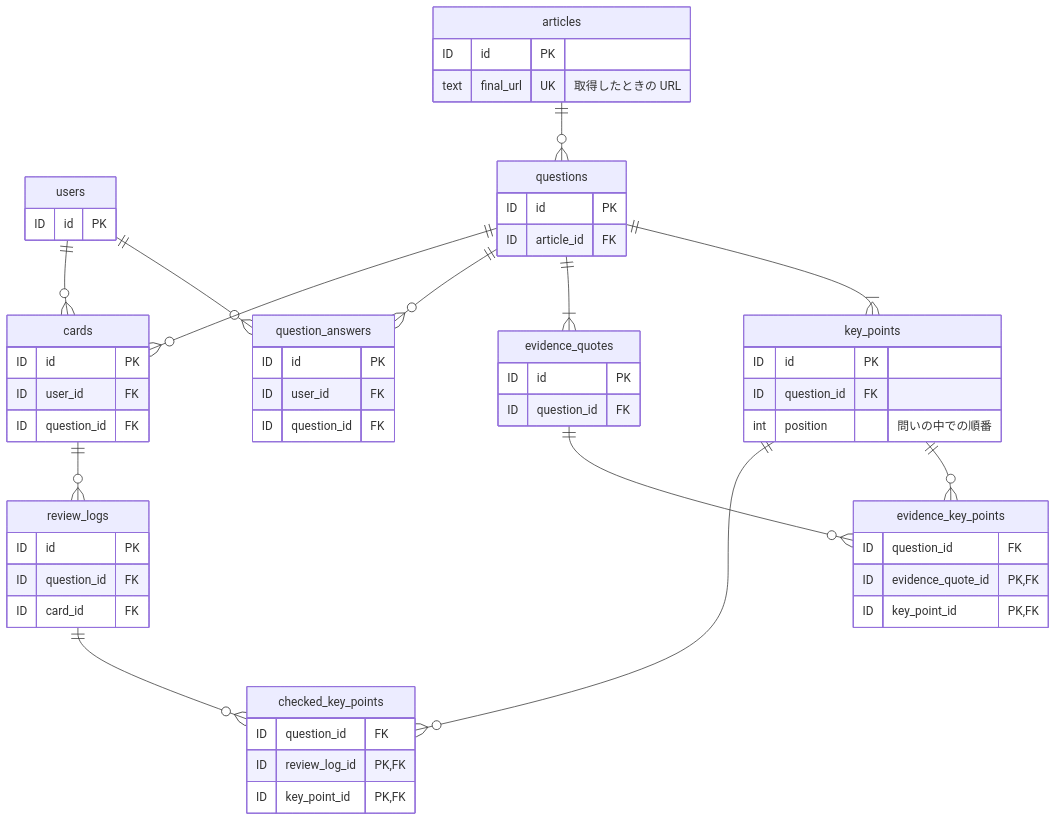
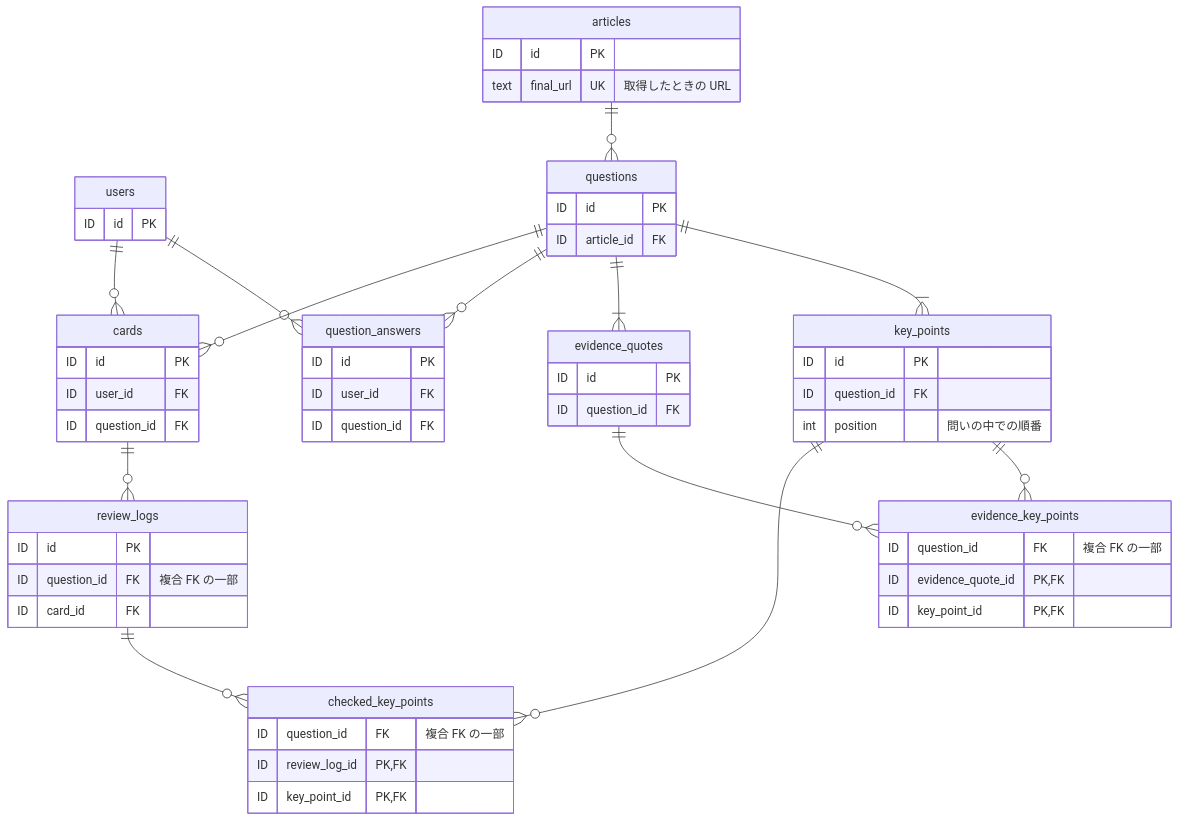
One commit to peta-skr/seidoku changed the diagram in docs/data-model.md. Above: the diagram before and after it, drawn with Mermaid. The commit also changed other lines of this file, not shown here.

````diff
--- a/docs/data-model.md
+++ b/docs/data-model.md
@@ -111,61 +114,61 @@
 ```mermaid
 erDiagram
     users ||--o{ question_answers : ""
     users ||--o{ cards : ""
     articles ||--o{ questions : ""
     questions ||--|{ key_points : ""
     questions ||--|{ evidence_quotes : ""
     evidence_quotes ||--o{ evidence_key_points : ""
     key_points ||--o{ evidence_key_points : ""
     questions ||--o{ question_answers : ""
     questions ||--o{ cards : ""
     cards ||--o{ review_logs : ""
     review_logs ||--o{ checked_key_points : ""
     key_points ||--o{ checked_key_points : ""
 
     users {
         ID id PK
     }
     articles {
         ID id PK
         text final_url UK "取得したときの URL"
     }
     questions {
         ID id PK
         ID article_id FK
     }
     key_points {
         ID id PK
         ID question_id FK
         int position "問いの中での順番"
     }
     evidence_quotes {
         ID id PK
         ID question_id FK
     }
     evidence_key_points {
-        ID question_id FK
+        ID question_id FK "複合 FK の一部"
         ID evidence_quote_id PK, FK
         ID key_point_id PK, FK
     }
     question_answers {
         ID id PK
         ID user_id FK
         ID question_id FK
     }
     cards {
         ID id PK
         ID user_id FK
         ID question_id FK
     }
     review_logs {
         ID id PK
-        ID question_id FK
+        ID question_id FK "複合 FK の一部"
         ID card_id FK
     }
     checked_key_points {
-        ID question_id FK
+        ID question_id FK "複合 FK の一部"
         ID review_log_id PK, FK
         ID key_point_id PK, FK
     }
 ```
````
